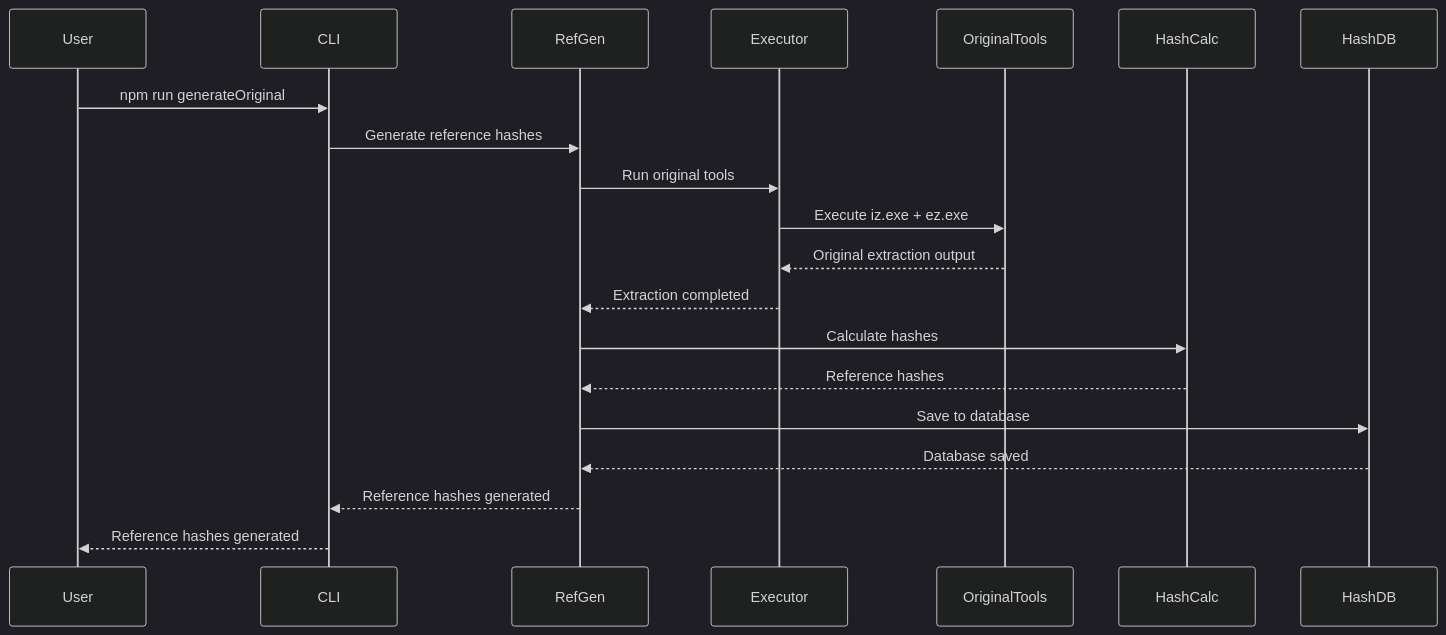
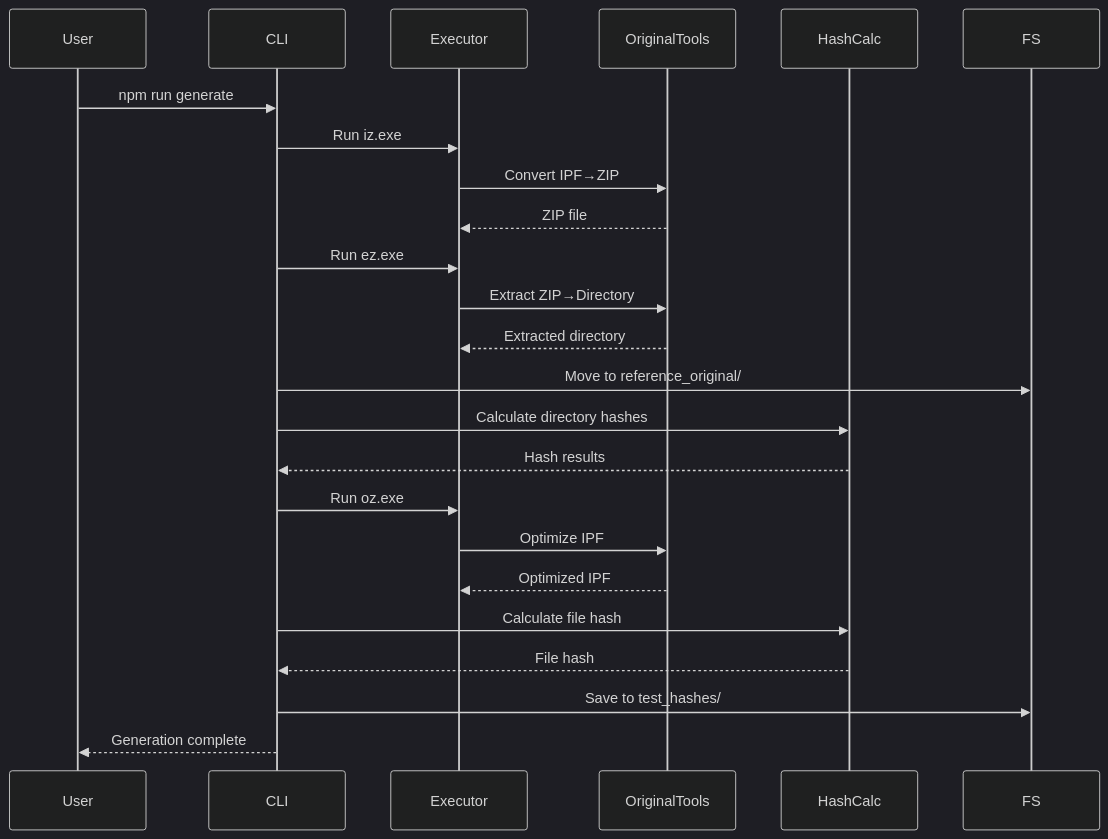
The third of 3 diagrams in testing/architecture.md (joao-paulo-santos/GE-Library), drawn with Mermaid (dark theme) before and after one commit. The commit also changed other lines of this file and 19 other files, not shown here.

````diff
--- a/testing/architecture.md
+++ b/testing/architecture.md
@@ -361,23 +271,28 @@
 ```mermaid
 sequenceDiagram
     participant User
     participant CLI
-    participant RefGen
     participant Executor
     participant OriginalTools
     participant HashCalc
-    participant HashDB
+    participant FS
+
+    User->>CLI: npm run generate
+    CLI->>Executor: Run iz.exe
+    Executor->>OriginalTools: Convert IPF→ZIP
+    OriginalTools-->>Executor: ZIP file
+    CLI->>Executor: Run ez.exe
+    Executor->>OriginalTools: Extract ZIP→Directory
+    OriginalTools-->>Executor: Extracted directory
+    CLI->>FS: Move to reference_original/
+    CLI->>HashCalc: Calculate directory hashes
+    HashCalc-->>CLI: Hash results
     
-    User->>CLI: npm run generateOriginal
-    CLI->>RefGen: Generate reference hashes
-    RefGen->>Executor: Run original tools
-    Executor->>OriginalTools: Execute iz.exe + ez.exe
-    OriginalTools-->>Executor: Original extraction output
-    Executor-->>RefGen: Extraction completed
-    RefGen->>HashCalc: Calculate hashes
-    HashCalc-->>RefGen: Reference hashes
-    RefGen->>HashDB: Save to database
-    HashDB-->>RefGen: Database saved
-    RefGen-->>CLI: Reference hashes generated
-    CLI-->>User: Reference hashes generated
+    CLI->>Executor: Run oz.exe
+    Executor->>OriginalTools: Optimize IPF
+    OriginalTools-->>Executor: Optimized IPF
+    CLI->>HashCalc: Calculate file hash
+    HashCalc-->>CLI: File hash
+    CLI->>FS: Save to test_hashes/
+    CLI-->>User: Generation complete
 ```
````
